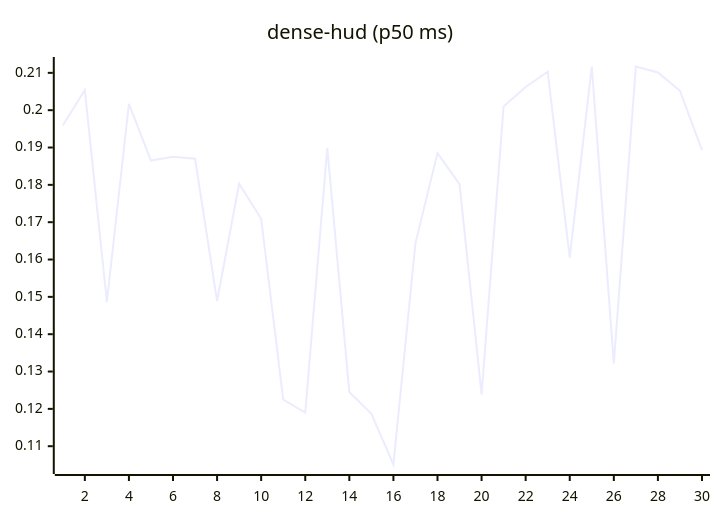
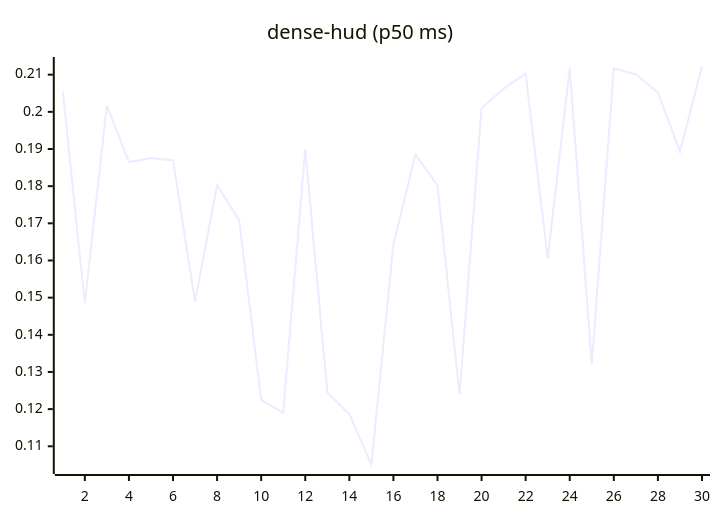
One commit to josha/Facet changed the eighth of 27 diagrams in README.md. Above: the diagram before and after it, drawn with Mermaid. The commit also changed other lines of this file and 2 other files, not shown here.

````diff
--- a/README.md
+++ b/README.md
@@ -112,6 +112,6 @@
 ```mermaid
 xychart-beta
     title "dense-hud (p50 ms)"
     x-axis 1 --> 30
-    line [0.1959, 0.2054, 0.1486, 0.2017, 0.1865, 0.1875, 0.1870, 0.1489, 0.1803, 0.1709, 0.1225, 0.1190, 0.1899, 0.1245, 0.1187, 0.1051, 0.1644, 0.1885, 0.1802, 0.1239, 0.2010, 0.2062, 0.2103, 0.1605, 0.2117, 0.1321, 0.2117, 0.2101, 0.2052, 0.1893]
+    line [0.2054, 0.1486, 0.2017, 0.1865, 0.1875, 0.1870, 0.1489, 0.1803, 0.1709, 0.1225, 0.1190, 0.1899, 0.1245, 0.1187, 0.1051, 0.1644, 0.1885, 0.1802, 0.1239, 0.2010, 0.2062, 0.2103, 0.1605, 0.2117, 0.1321, 0.2117, 0.2101, 0.2052, 0.1893, 0.2122]
 ```
````
